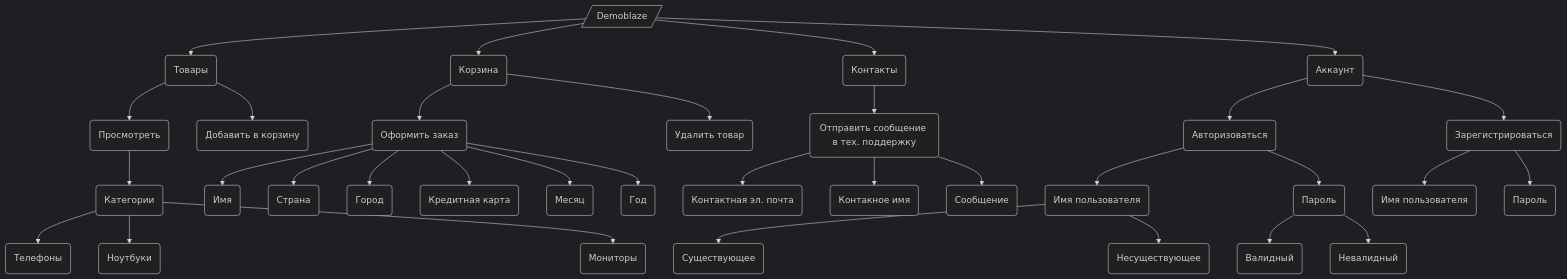
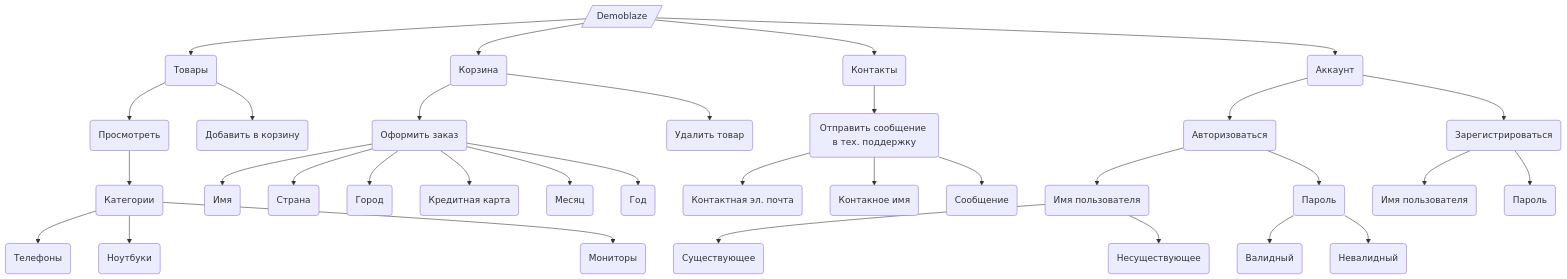
One commit to atrskv/demoblaze-tests changed the first of 2 diagrams in README.md. Above: the diagram before and after it, drawn with Mermaid. The commit also changed other lines of this file and 6 other files, not shown here.

````diff
--- a/README.md
+++ b/README.md
@@ -33,62 +33,61 @@
 ```mermaid
-    %%{init: {'theme':'dark'}}%%
         flowchart TD
             
         
         demoblaze[/Demoblaze/] --> products(Товары)
         
         products --> view(Просмотреть)
         
         view --> categories(Категории)
         
         categories --> phones(Телефоны)
         categories --> laptops(Ноутбуки)
         categories --> monitors(Мониторы)
 
         products --> add(Добавить в корзину) 
 
         demoblaze --> cart(Корзина)
         
         cart --> order(Оформить заказ)
         
         order --> name(Имя)
         order --> country(Страна)
         order --> city(Город)
         order --> creditCard(Кредитная карта)
         order --> month(Месяц)
         order --> year(Год)
         
         cart -->  remove(Удалить товар)
         
         demoblaze --> contacts(Контакты)
         
         contacts --> support(Отправить сообщение в тех. поддержку)
         
         support --> email(Контактная эл. почта)
         support --> contactName(Контакное имя)
         support --> message(Сообщение)
         
         account --> logIn(Авторизоваться)
         
         logIn --> userNameForLogIn(Имя пользователя)
         
         userNameForLogIn -->existingUserName(Существующее)
         userNameForLogIn -->notExistingUserName(Несуществующее)
         
         logIn --> passwordForLogIn(Пароль)
         
         passwordForLogIn --> validPassword(Валидный)
         passwordForLogIn --> inValidPassword(Невалидный)
         
         demoblaze --> account(Аккаунт)
         
         account --> signUp(Зарегистрироваться)
         signUp --> userName(Имя пользователя)
         signUp --> password(Пароль)
 
         click Demoblaze "https://www.demoblaze.com" _blank
         click Account "https://github.com/lrayne/demoblaze-tests/blob/develop/tests/test_account.py" _blank
         click Products "https://github.com/lrayne/demoblaze-tests/blob/develop/tests/test_products.py" _blank
         click Cart "https://github.com/lrayne/demoblaze-tests/blob/develop/tests/test_cart.py" _blank
 
 ```
````
